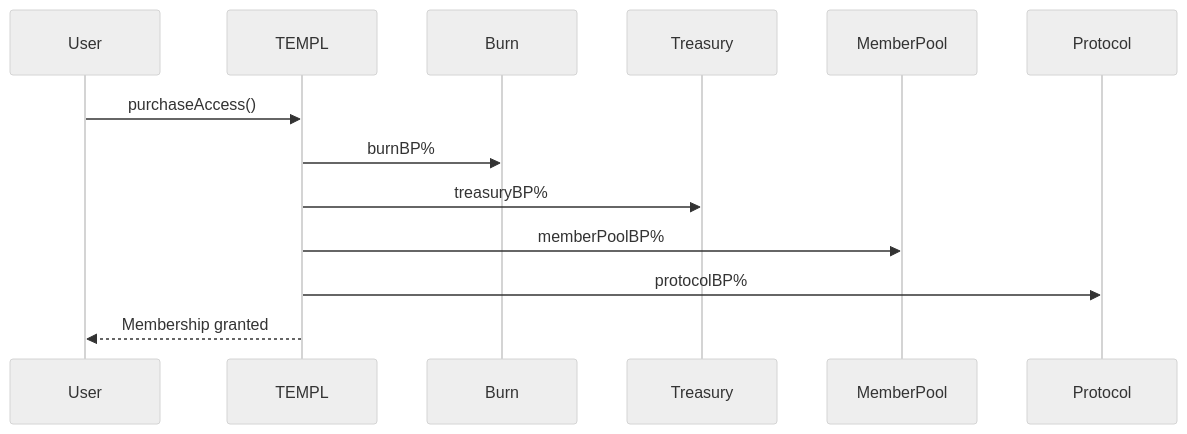
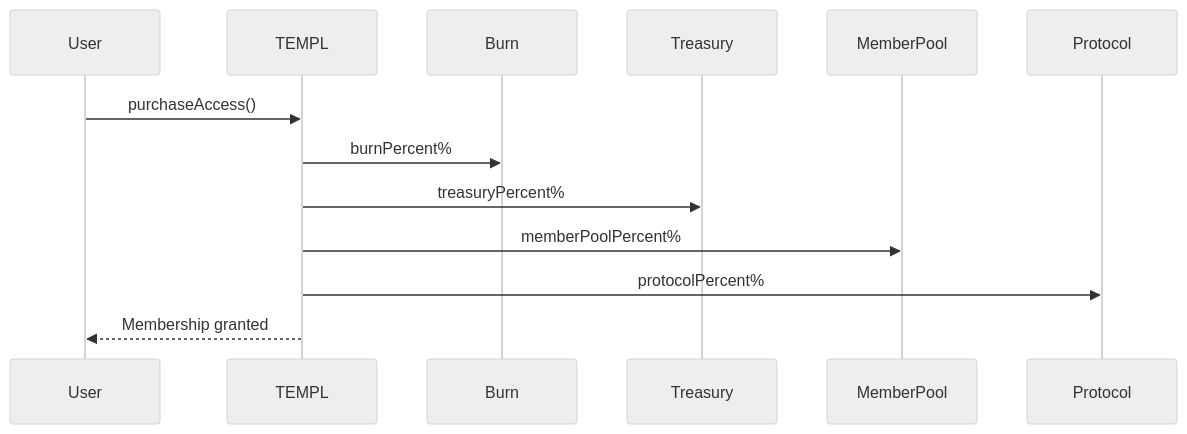
The second of 3 diagrams in docs/CONTRACTS.md (templ-fun/evm-protocol), drawn with Mermaid (neutral theme) before and after one commit. The commit also changed other lines of this file and 30 other files, not shown here.

````diff
--- a/docs/CONTRACTS.md
+++ b/docs/CONTRACTS.md
@@ -127,15 +127,15 @@
 ```mermaid
 sequenceDiagram
     participant User
     participant TEMPL
     participant Burn
     participant Treasury
     participant MemberPool
     participant Protocol
     User->>TEMPL: purchaseAccess()
-    TEMPL->>Burn: burnBP%
-    TEMPL->>Treasury: treasuryBP%
-    TEMPL->>MemberPool: memberPoolBP%
-    TEMPL->>Protocol: protocolBP%
+    TEMPL->>Burn: burnPercent%
+    TEMPL->>Treasury: treasuryPercent%
+    TEMPL->>MemberPool: memberPoolPercent%
+    TEMPL->>Protocol: protocolPercent%
     TEMPL-->>User: Membership granted
 ```
````
